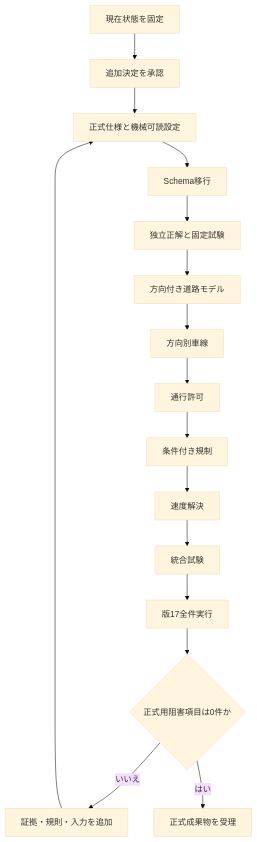
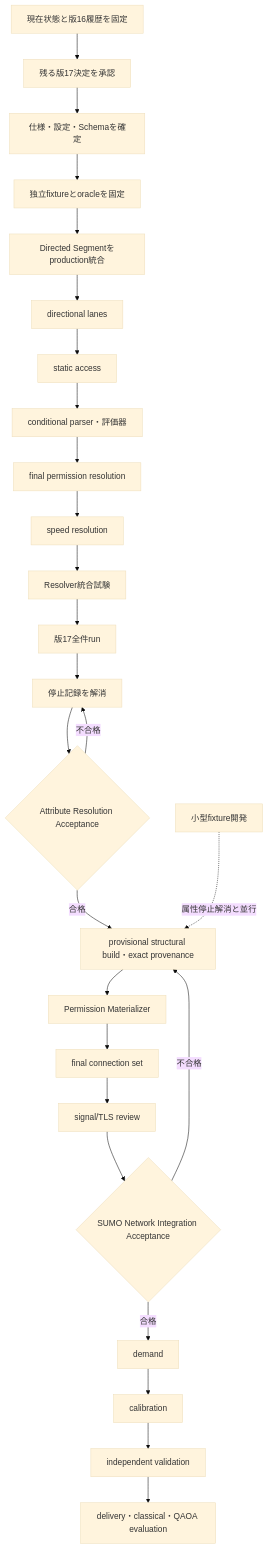
One commit to tkm-sano/kmd-analysis changed the diagram in 05_src/traffic_simulation/attribute_resolution_execution_procedure.md. Above: the diagram before and after it, drawn with Mermaid (base theme). The commit also changed other lines of this file and 2 other files, not shown here.

First line of the commit message:
Align traffic network acceptance documentation (#4)

````diff
--- a/05_src/traffic_simulation/attribute_resolution_execution_procedure.md
+++ b/05_src/traffic_simulation/attribute_resolution_execution_procedure.md
@@ -83,18 +106,28 @@
 ```mermaid
 flowchart TD
-    A[現在状態を固定] --> B[追加決定を承認]
-    B --> C[正式仕様と機械可読設定]
-    C --> D[Schema移行]
-    D --> E[独立正解と固定試験]
-    E --> F[方向付き道路モデル]
-    F --> G[方向別車線]
-    G --> H[通行許可]
-    H --> I[条件付き規制]
-    I --> J[速度解決]
-    J --> K[統合試験]
-    K --> L[版17全件実行]
-    L --> M{正式用阻害項目は0件か}
-    M -- いいえ --> N[証拠・規則・入力を追加]
-    N --> C
-    M -- はい --> O[正式成果物を受理]
+    A[現在状態と版16履歴を固定] --> B[残る版17決定を承認]
+    B --> C[仕様・設定・Schemaを確定]
+    C --> D[独立fixtureとoracleを固定]
+    D --> E[Directed Segmentをproduction統合]
+    E --> F[directional lanes]
+    F --> G[static access]
+    G --> H[conditional parser・評価器]
+    H --> I[final permission resolution]
+    I --> J[speed resolution]
+    J --> K[Resolver統合試験]
+    K --> L[版17全件run]
+    L --> M[停止記録を解消]
+    M --> N{Attribute Resolution Acceptance}
+    N -- 不合格 --> M
+    N -- 合格 --> O[provisional structural build・exact provenance]
+    O --> P[Permission Materializer]
+    P --> Q[final connection set]
+    Q --> R[signal/TLS review]
+    R --> S{SUMO Network Integration Acceptance}
+    S -- 不合格 --> O
+    S -- 合格 --> T[demand]
+    T --> U[calibration]
+    U --> V[independent validation]
+    V --> W[delivery・classical・QAOA evaluation]
+    X[小型fixture開発] -. 属性停止解消と並行 .-> O
 ```
````
